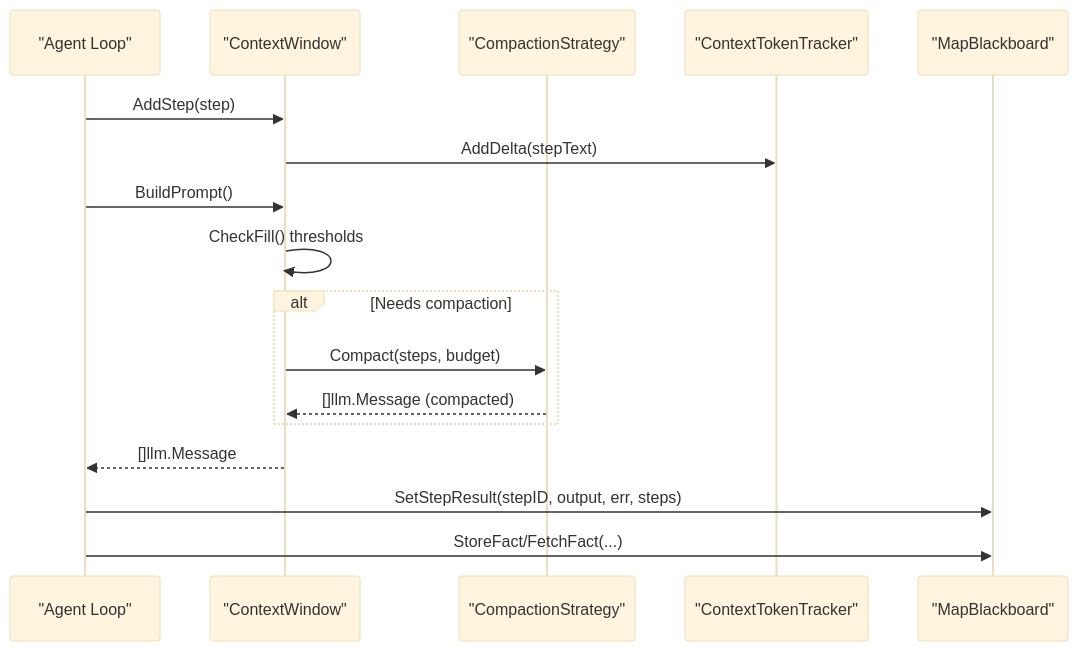
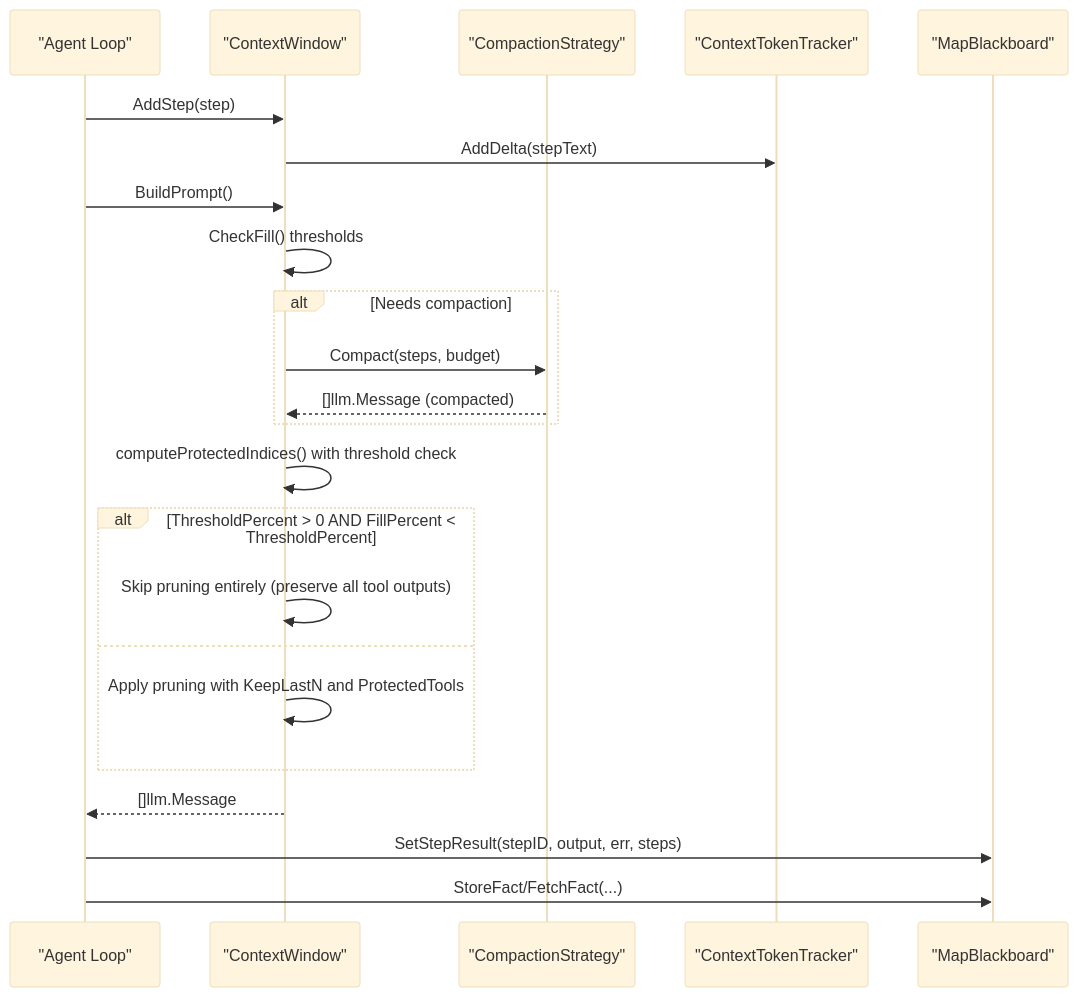
One commit to v0lka/c0wrk changed the second of 11 diagrams in .qoder/repowiki/en/content/Memory and Context Management/Memory and Context Management.md. Above: the diagram before and after it, drawn with Mermaid (base theme). The commit also changed other lines of this file and 49 other files, not shown here.

````diff
--- a/.qoder/repowiki/en/content/Memory and Context Management/Memory and Context Management.md
+++ b/.qoder/repowiki/en/content/Memory and Context Management/Memory and Context Management.md
@@ -118,19 +143,25 @@
 ```mermaid
 sequenceDiagram
 participant Agent as "Agent Loop"
 participant CW as "ContextWindow"
 participant Strat as "CompactionStrategy"
 participant Tracker as "ContextTokenTracker"
 participant BB as "MapBlackboard"
 Agent->>CW : AddStep(step)
 CW->>Tracker : AddDelta(stepText)
 Agent->>CW : BuildPrompt()
 CW->>CW : CheckFill() thresholds
 alt Needs compaction
 CW->>Strat : Compact(steps, budget)
 Strat-->>CW : []llm.Message (compacted)
 end
+CW->>CW : computeProtectedIndices() with threshold check
+alt ThresholdPercent > 0 AND FillPercent < ThresholdPercent
+CW->>CW : Skip pruning entirely (preserve all tool outputs)
+else
+CW->>CW : Apply pruning with KeepLastN and ProtectedTools
+end
 CW-->>Agent : []llm.Message
 Agent->>BB : SetStepResult(stepID, output, err, steps)
 Agent->>BB : StoreFact/FetchFact(...)
 ```
````
